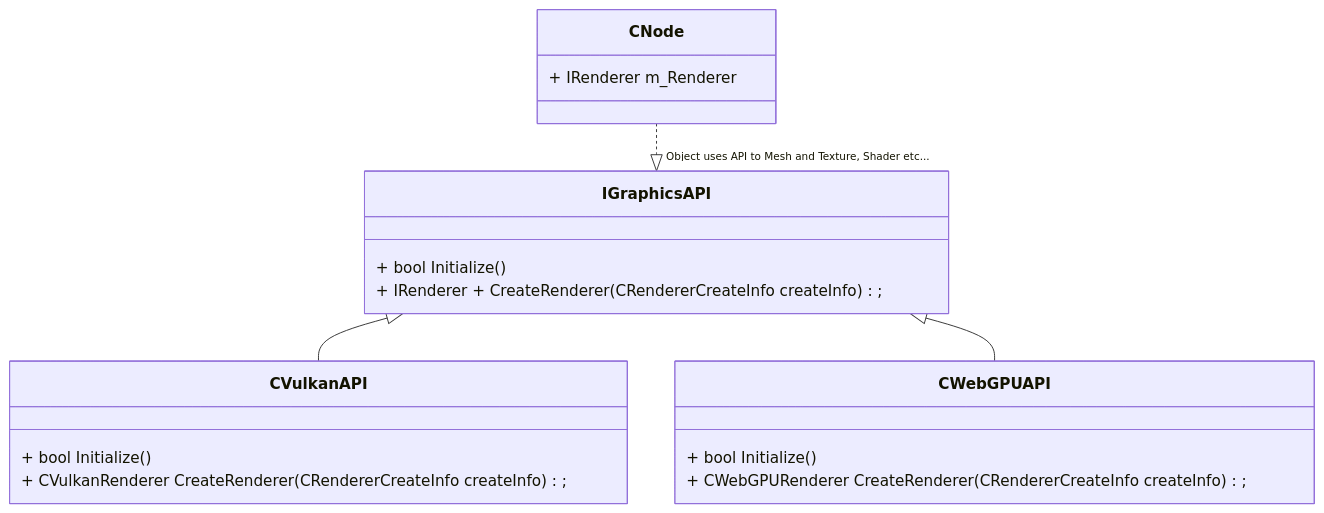
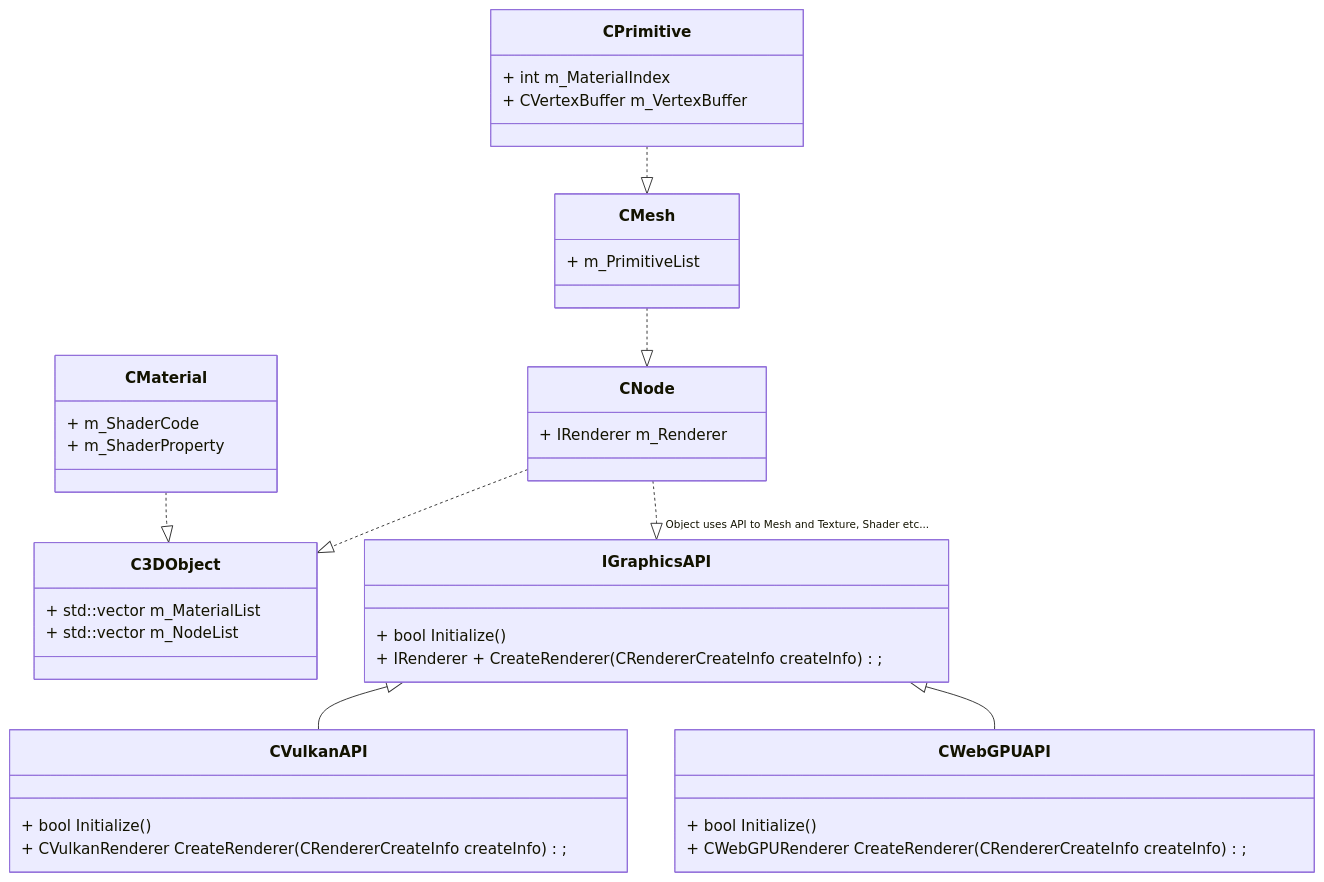
The diagram in Garnet/UML/GraphicsStructure.md (HaruoOgawa/Garnet), drawn with Mermaid before and after one commit.

````diff
--- a/Garnet/UML/GraphicsStructure.md
+++ b/Garnet/UML/GraphicsStructure.md
@@ -1,28 +1,55 @@
 ```mermaid
 classDiagram
+  class C3DObject{
+    + std::vector<CMaterial> m_MaterialList
+    + std::vector<CNode> m_NodeList
+  }
+
   class CNode{
     + IRenderer m_Renderer
   }
+ 
+  CNode ..|> C3DObject
+ 
+  class CMaterial{
+    + m_ShaderCode
+    + m_ShaderProperty
+  }
+
+  CMaterial ..|> C3DObject
+
+  class CMesh{
+    + m_PrimitiveList
+  }
+  
+  CMesh ..|> CNode
+  
+  class CPrimitive{
+    + int m_MaterialIndex
+    + CVertexBuffer m_VertexBuffer
+  }
+
+  CPrimitive ..|> CMesh
 
   class IGraphicsAPI{
     + bool Initialize()
     + IRenderer + CreateRenderer(CRendererCreateInfo createInfo);
   }
   
   CNode ..|> "Object uses API to Mesh and Texture, Shader etc..." IGraphicsAPI
 
   class CVulkanAPI{
     + bool Initialize()
     + CVulkanRenderer CreateRenderer(CRendererCreateInfo createInfo);
   }
   
   IGraphicsAPI <|-- CVulkanAPI
   
   class CWebGPUAPI{
     + bool Initialize()
     + CWebGPURenderer CreateRenderer(CRendererCreateInfo createInfo);
   }
   
   IGraphicsAPI <|-- CWebGPUAPI
 
 ```
````
